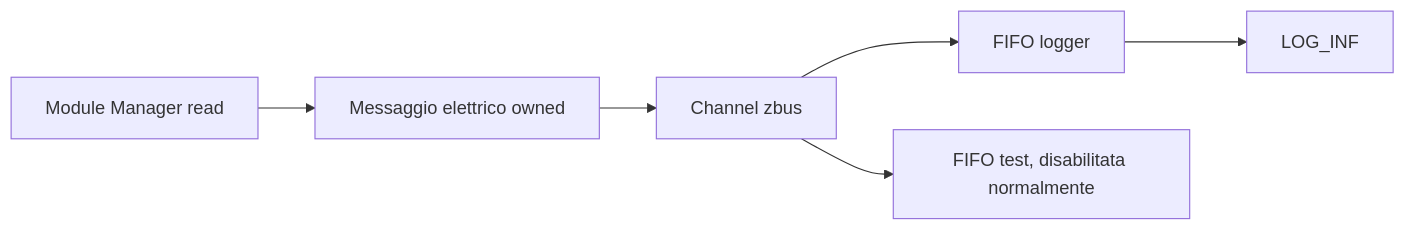
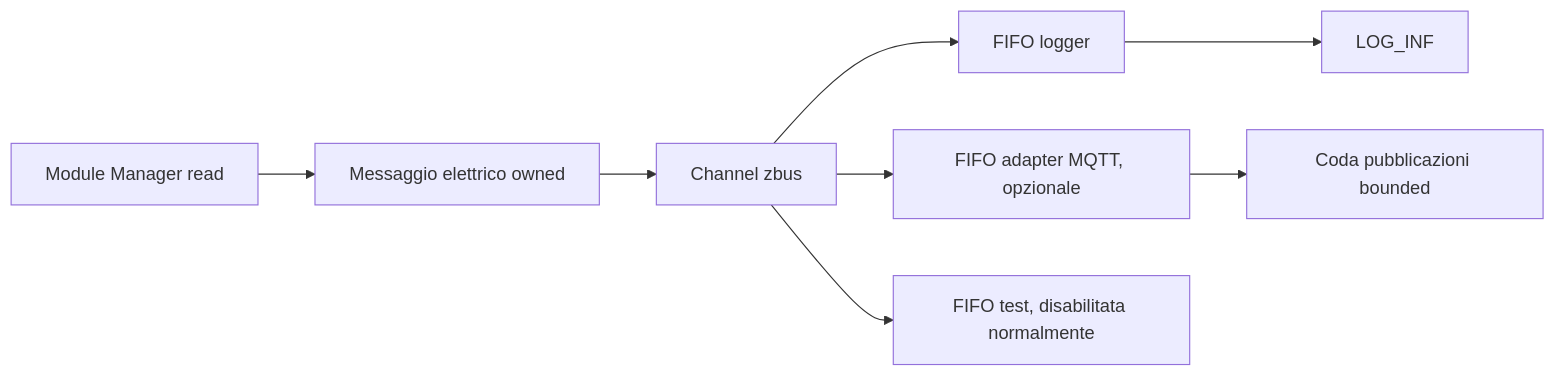
One commit to andreapiccini/SpaghettiLAB changed the diagram in Firmware/core/subsys/data/README.md. Above: the diagram before and after it, drawn with Mermaid. The commit also changed other lines of this file and 31 other files, not shown here.

````diff
--- a/Firmware/core/subsys/data/README.md
+++ b/Firmware/core/subsys/data/README.md
@@ -81,8 +82,10 @@
 ```mermaid
 flowchart LR
     READ["Module Manager read"] --> MESSAGE["Messaggio elettrico owned"]
     MESSAGE --> CHANNEL["Channel zbus"]
     CHANNEL --> LOGGER["FIFO logger"]
+    CHANNEL --> MQTT["FIFO adapter MQTT, opzionale"]
     CHANNEL --> TEST["FIFO test, disabilitata normalmente"]
     LOGGER --> LOG["LOG_INF"]
+    MQTT --> MQTTQ["Coda pubblicazioni bounded"]
 ```
````
